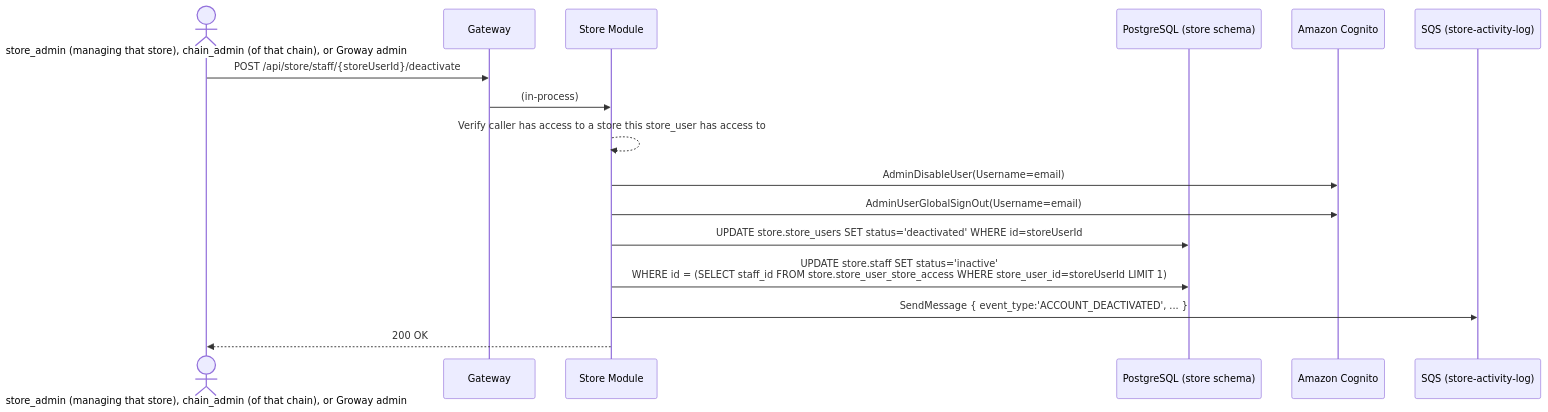
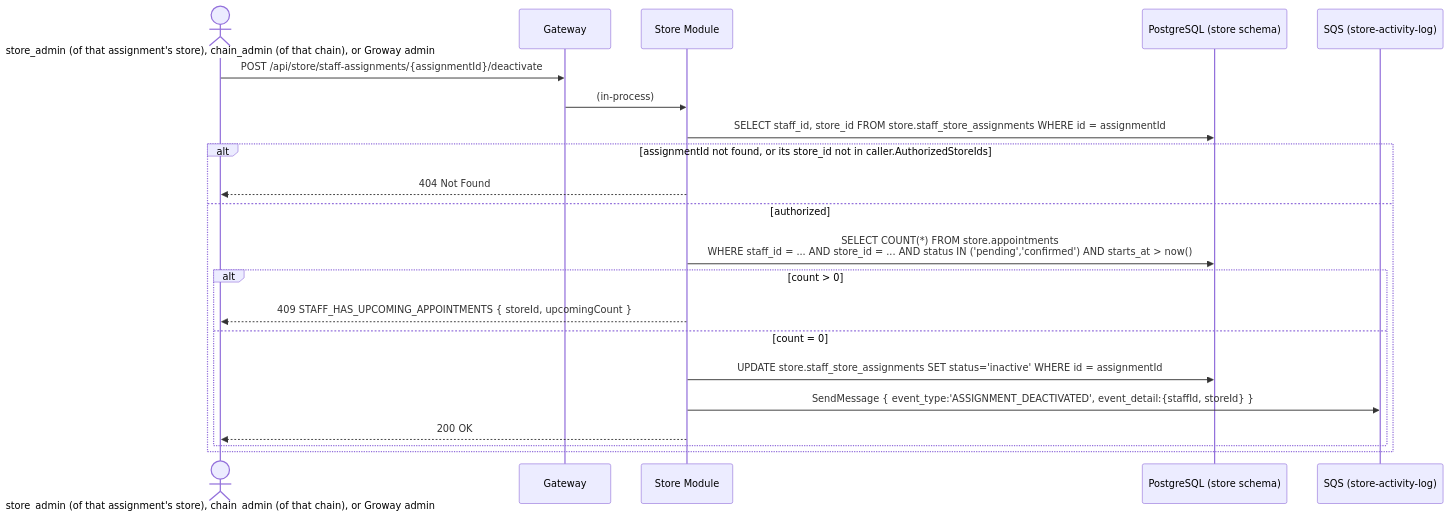
One commit to szhanggit/appointmentsystemdesign changed the second of 3 diagrams in usercasestudy/growayshop-staff-invite-workflow.md. Above: the diagram before and after it, drawn with Mermaid. The commit also changed other lines of this file and 9 other files, not shown here.

````diff
--- a/usercasestudy/growayshop-staff-invite-workflow.md
+++ b/usercasestudy/growayshop-staff-invite-workflow.md
@@ -101,19 +109,24 @@
 ```mermaid
 sequenceDiagram
-    actor A as store_admin (managing that store), chain_admin (of that chain), or Groway admin
+    actor A as store_admin (of that assignment's store), chain_admin (of that chain), or Groway admin
     participant GW as Gateway
     participant SM as Store Module
     participant DB as PostgreSQL (store schema)
-    participant SCOG as Amazon Cognito
     participant SQSQ as SQS (store-activity-log)
 
-    A->>GW: POST /api/store/staff/{storeUserId}/deactivate
+    A->>GW: POST /api/store/staff-assignments/{assignmentId}/deactivate
     GW->>SM: (in-process)
-    SM-->>SM: Verify caller has access to a store this store_user has access to
-    SM->>SCOG: AdminDisableUser(Username=email)
-    SM->>SCOG: AdminUserGlobalSignOut(Username=email)
-    SM->>DB: UPDATE store.store_users SET status='deactivated' WHERE id=storeUserId
-    SM->>DB: UPDATE store.staff SET status='inactive'<br/>WHERE id = (SELECT staff_id FROM store.store_user_store_access WHERE store_user_id=storeUserId LIMIT 1)
-    SM->>SQSQ: SendMessage { event_type:'ACCOUNT_DEACTIVATED', ... }
-    SM-->>A: 200 OK
+    SM->>DB: SELECT staff_id, store_id FROM store.staff_store_assignments WHERE id = assignmentId
+    alt assignmentId not found, or its store_id not in caller.AuthorizedStoreIds
+        SM-->>A: 404 Not Found
+    else authorized
+        SM->>DB: SELECT COUNT(*) FROM store.appointments<br/>WHERE staff_id = ... AND store_id = ... AND status IN ('pending','confirmed') AND starts_at > now()
+        alt count > 0
+            SM-->>A: 409 STAFF_HAS_UPCOMING_APPOINTMENTS { storeId, upcomingCount }
+        else count = 0
+            SM->>DB: UPDATE store.staff_store_assignments SET status='inactive' WHERE id = assignmentId
+            SM->>SQSQ: SendMessage { event_type:'ASSIGNMENT_DEACTIVATED', event_detail:{staffId, storeId} }
+            SM-->>A: 200 OK
+        end
+    end
 ```
````
